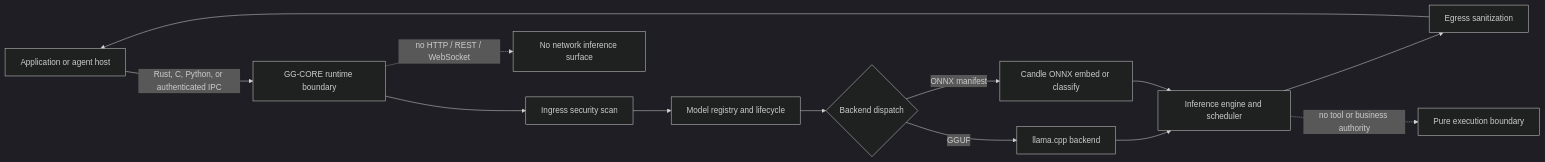
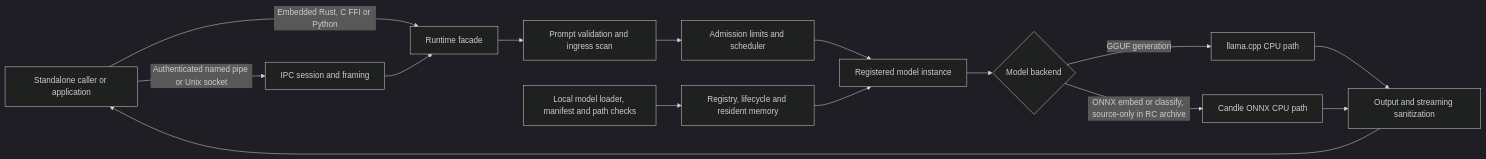
One commit to MythologIQ-Labs-LLC/GG-CORE changed the diagram in README.md. Above: the diagram before and after it, drawn with Mermaid (dark theme). The commit also changed other lines of this file, not shown here.

Commit message:
docs(readme): center standalone runtime and distinguish published RC from unqualified v1 work [skip ci]

````diff
--- a/README.md
+++ b/README.md
@@ -45,16 +45,18 @@
 ```mermaid
 flowchart LR
-    A[Application or agent host] -->|Rust, C, Python, or authenticated IPC| B[GG-CORE runtime boundary]
-    B --> C[Ingress security scan]
-    C --> D[Model registry and lifecycle]
-    D --> E{Backend dispatch}
-    E -->|GGUF| F[llama.cpp backend]
-    E -->|ONNX manifest| G[Candle ONNX embed or classify]
-    F --> H[Inference engine and scheduler]
-    G --> H
-    H --> I[Egress sanitization]
-    I --> A
-
-    B -. no HTTP / REST / WebSocket .-> J[No network inference surface]
-    H -. no tool or business authority .-> K[Pure execution boundary]
+    Host[Standalone caller or application]
+    Host -->|Authenticated named pipe or Unix socket| IPC[IPC session and framing]
+    Host -->|Embedded Rust, C FFI or Python| API[Runtime facade]
+    IPC --> API
+    API --> Ingress[Prompt validation and ingress scan]
+    Ingress --> Queue[Admission limits and scheduler]
+    Queue --> Model[Registered model instance]
+    Model --> Backend{Model backend}
+    Backend -->|GGUF generation| GGUF[llama.cpp CPU path]
+    Backend -->|ONNX embed or classify, source-only in RC archive| ONNX[Candle ONNX CPU path]
+    GGUF --> Egress[Output and streaming sanitization]
+    ONNX --> Egress
+    Egress --> Host
+    Loader[Local model loader, manifest and path checks] --> Lifecycle[Registry, lifecycle and resident memory]
+    Lifecycle --> Model
 ```
````
